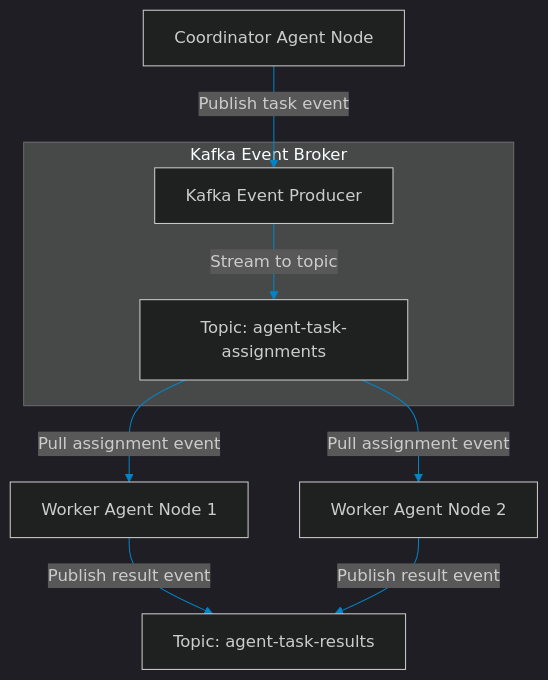
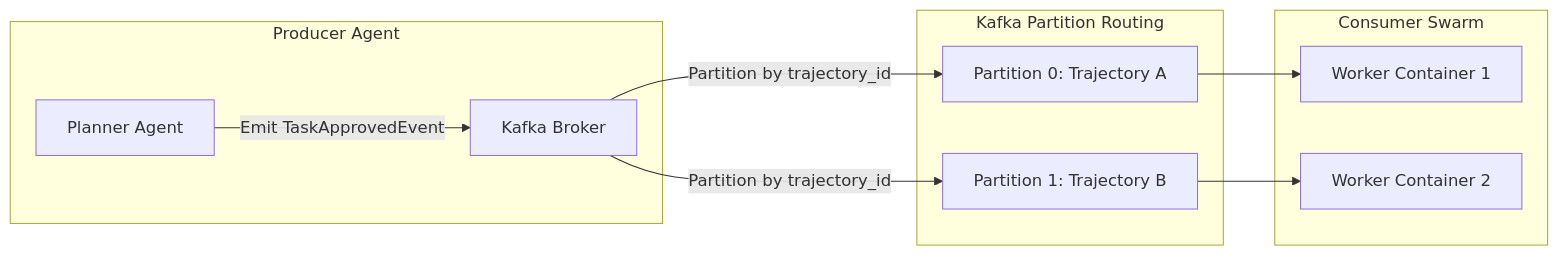
The diagram in blog/posts/event-driven-kafka-streaming-agent-topics.md (akmalkhaniub/akmalkhaniub.github.io), drawn with Mermaid before and after one commit. The commit also changed other lines of this file and 177 other files, not shown here.

Commit message:
feat(blog): deploy Post 190 on Kafka swarm coordination event pipelines

````diff
--- a/blog/posts/event-driven-kafka-streaming-agent-topics.md
+++ b/blog/posts/event-driven-kafka-streaming-agent-topics.md
@@ -16,15 +16,14 @@
 ```mermaid
-%%{init: {'theme': 'dark', 'themeVariables': { 'primaryColor': '#0284c7', 'primaryTextColor': '#f3f4f6', 'primaryBorderColor': '#38bdf8', 'lineColor': '#0284c7', 'secondaryColor': '#111827', 'tertiaryColor': '#0b0f19'}}}%%
-flowchart TD
-    Coordinator[Coordinator Agent Node] -->|Publish task event| Producer[Kafka Event Producer]
-    
-    subgraph Kafka Event Broker
-        Producer -->|Stream to topic| Topic[Topic: agent-task-assignments]
-    end
-    
-    Topic -->|Pull assignment event| Worker1[Worker Agent Node 1]
-    Topic -->|Pull assignment event| Worker2[Worker Agent Node 2]
-    
-    Worker1 -->|Publish result event| ResultTopic[Topic: agent-task-results]
-    Worker2 -->|Publish result event| ResultTopic
+graph LR
+  subgraph Producer Agent
+    A[Planner Agent] -->|Emit TaskApprovedEvent| K[Kafka Broker]
+  end
+  subgraph Kafka Partition Routing
+    K -->|Partition by trajectory_id| P1[Partition 0: Trajectory A]
+    K -->|Partition by trajectory_id| P2[Partition 1: Trajectory B]
+  end
+  subgraph Consumer Swarm
+    P1 --> W1[Worker Container 1]
+    P2 --> W2[Worker Container 2]
+  end
 ```
````
